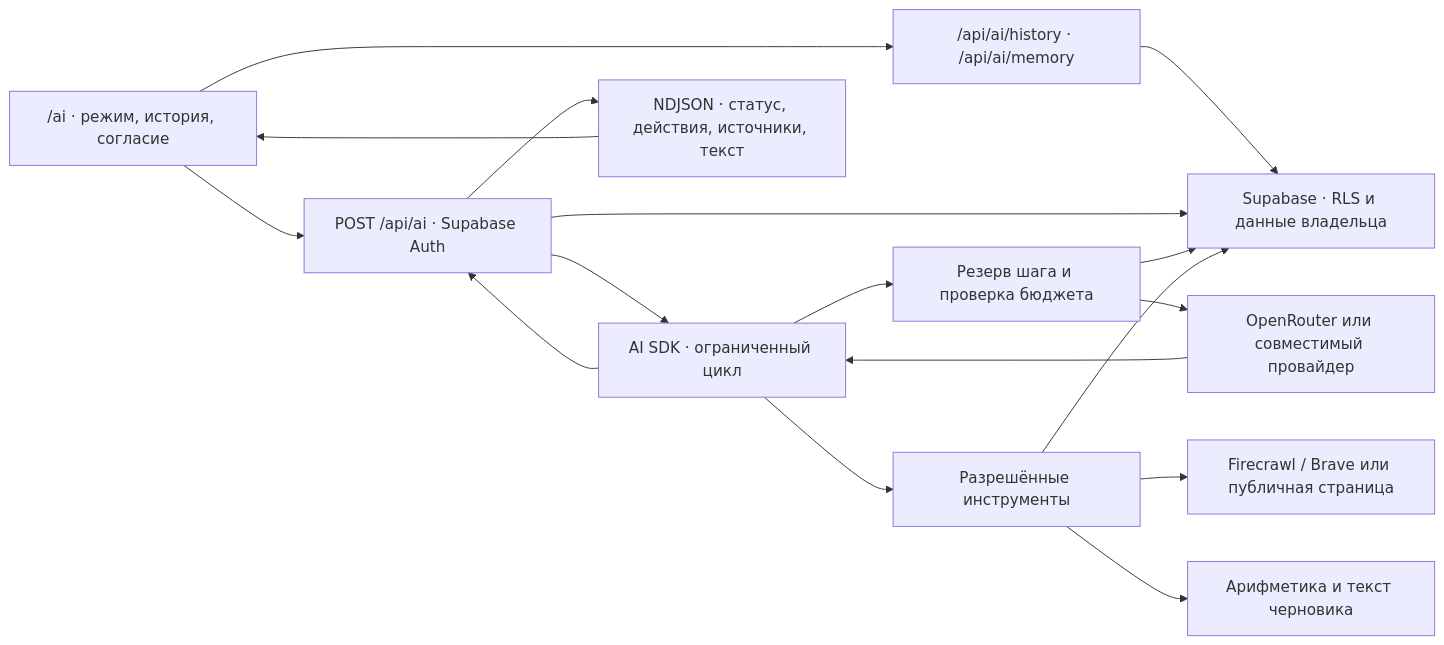
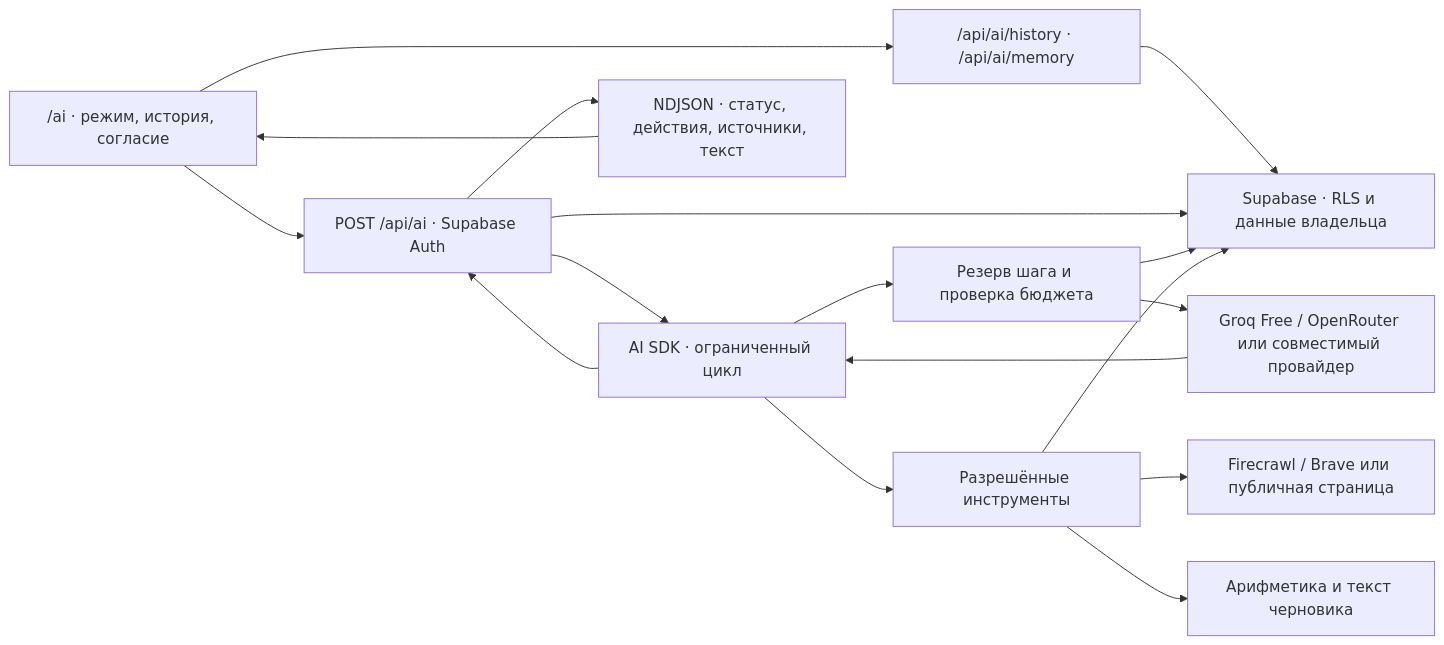
Before and after one commit to aliveytty-gif/nexus: the diagram in docs/ai/README.md, drawn with Mermaid. The commit also changed other lines of this file and 15 other files, not shown here.

Commit message:
feat(ai): verify Groq Free research and guard provider limits

````diff
--- a/docs/ai/README.md
+++ b/docs/ai/README.md
@@ -5,19 +5,19 @@
 ```mermaid
 flowchart LR
   UI["/ai · режим, история, согласие"] --> API["POST /api/ai · Supabase Auth"]
   UI --> HM["/api/ai/history · /api/ai/memory"]
   HM --> DB["Supabase · RLS и данные владельца"]
   API --> DB
   API --> Agent["AI SDK · ограниченный цикл"]
   Agent --> Quota["Резерв шага и проверка бюджета"]
   Quota --> DB
-  Quota --> LLM["OpenRouter или совместимый провайдер"]
+  Quota --> LLM["Groq Free / OpenRouter или совместимый провайдер"]
   LLM --> Agent
   Agent --> Tool["Разрешённые инструменты"]
   Tool --> Net["Firecrawl / Brave или публичная страница"]
   Tool --> DB
   Tool --> Calc["Арифметика и текст черновика"]
   Agent --> API
   API --> Stream["NDJSON · статус, действия, источники, текст"]
   Stream --> UI
 ```
````
